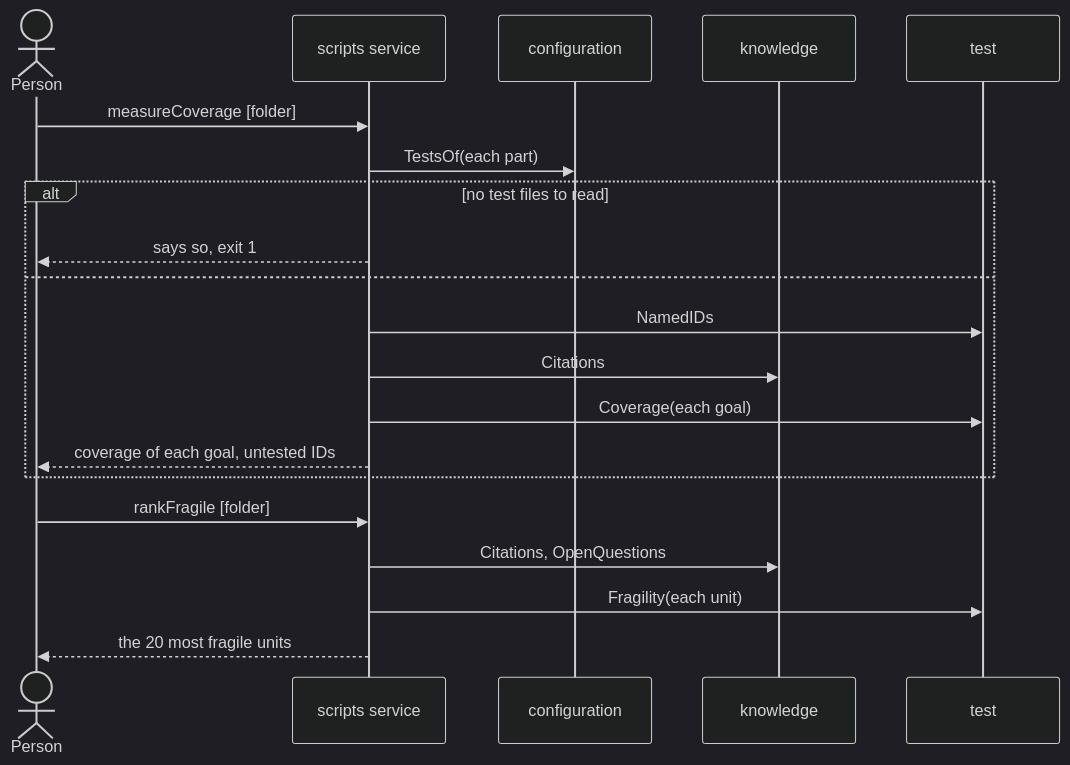
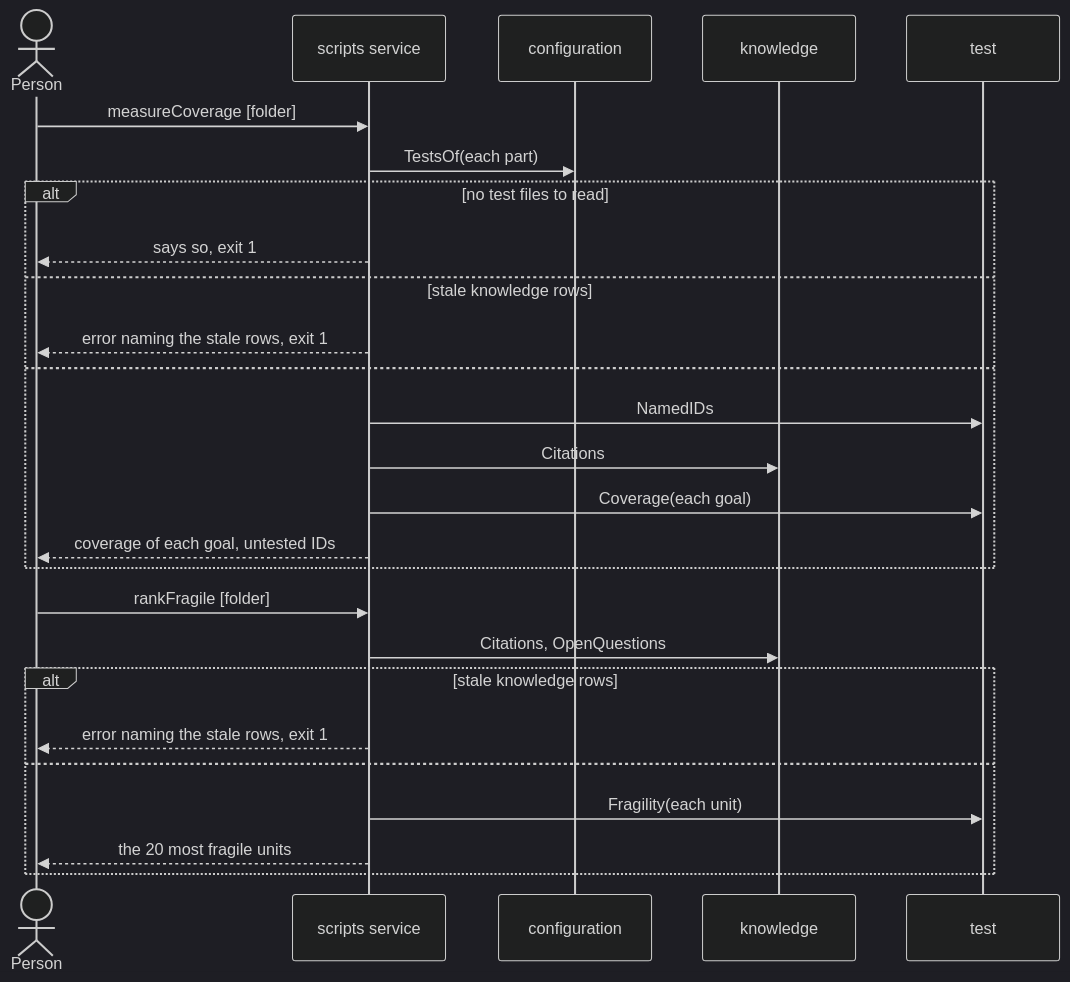
The diagram in docs/software-knowledges/flows/measure-coverage.md (hieutran21198/Artifact-Driven-Framework), drawn with Mermaid (dark theme) before and after one commit. The commit also changed other lines of this file and 35 other files, not shown here.

````diff
--- a/docs/software-knowledges/flows/measure-coverage.md
+++ b/docs/software-knowledges/flows/measure-coverage.md
@@ -30,23 +31,29 @@
 ```mermaid
 sequenceDiagram
     actor Person
     participant Scripts as scripts service
     participant C as configuration
     participant K as knowledge
     participant T as test
 
     Person->>Scripts: measureCoverage [folder]
     Scripts->>C: TestsOf(each part)
     alt no test files to read
         Scripts-->>Person: says so, exit 1
+    else stale knowledge rows
+        Scripts-->>Person: error naming the stale rows, exit 1
     else
         Scripts->>T: NamedIDs
         Scripts->>K: Citations
         Scripts->>T: Coverage(each goal)
         Scripts-->>Person: coverage of each goal, untested IDs
     end
     Person->>Scripts: rankFragile [folder]
     Scripts->>K: Citations, OpenQuestions
-    Scripts->>T: Fragility(each unit)
-    Scripts-->>Person: the 20 most fragile units
+    alt stale knowledge rows
+        Scripts-->>Person: error naming the stale rows, exit 1
+    else
+        Scripts->>T: Fragility(each unit)
+        Scripts-->>Person: the 20 most fragile units
+    end
 ```
````
